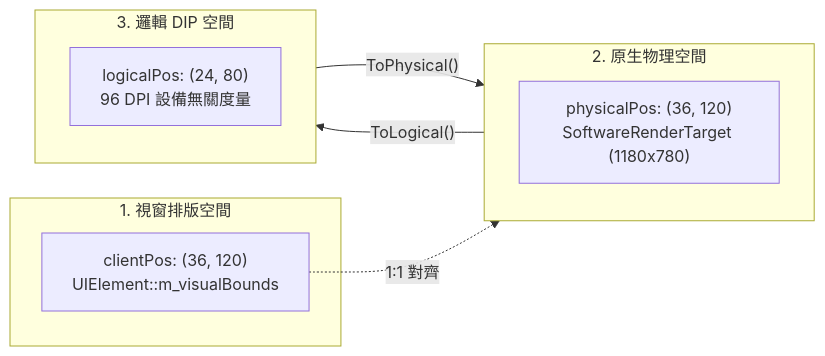
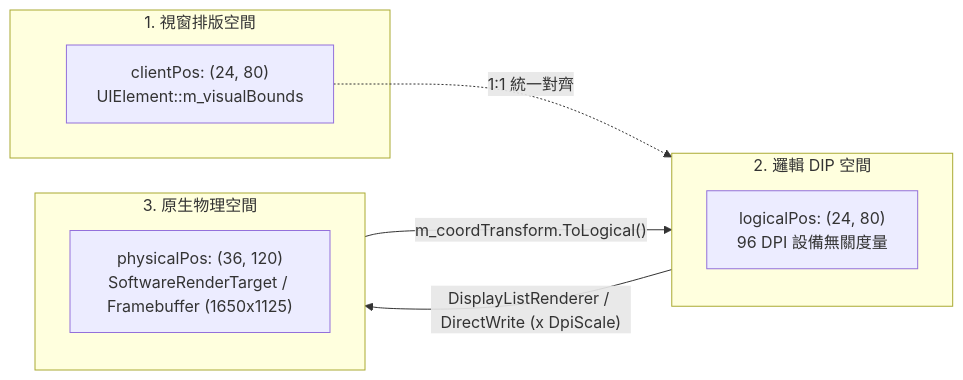
Before and after one commit to willy050209/CPP-UI: the diagram in docs/api/guides/dpi_and_coordinates.md, drawn with Mermaid. The commit also changed other lines of this file and 10 other files, not shown here.

Commit message:
fix(rendering): implement High-DPI Per-Monitor V2 scaling and crisp DirectWrite text rendering

````diff
--- a/docs/api/guides/dpi_and_coordinates.md
+++ b/docs/api/guides/dpi_and_coordinates.md
@@ -28,18 +28,18 @@
 ```mermaid
 flowchart LR
     subgraph Space1 ["1. 視窗排版空間"]
-        Client["clientPos: (36, 120)<br/>UIElement::m_visualBounds"]
+        Client["clientPos: (24, 80)<br/>UIElement::m_visualBounds"]
     end
 
-    subgraph Space2 ["2. 原生物理空間"]
-        Phys["physicalPos: (36, 120)<br/>SoftwareRenderTarget (1180x780)"]
-    end
-
-    subgraph Space3 ["3. 邏輯 DIP 空間"]
+    subgraph Space3 ["2. 邏輯 DIP 空間"]
         Log["logicalPos: (24, 80)<br/>96 DPI 設備無關度量"]
     end
 
-    Space2 -- "ToLogical()" --> Space3
-    Space3 -- "ToPhysical()" --> Space2
-    Client -. "1:1 對齊" .-> Space2
+    subgraph Space2 ["3. 原生物理空間"]
+        Phys["physicalPos: (36, 120)<br/>SoftwareRenderTarget / Framebuffer (1650x1125)"]
+    end
+
+    Client -. "1:1 統一對齊" .-> Space3
+    Space3 -- "DisplayListRenderer / DirectWrite (x DpiScale)" --> Space2
+    Space2 -- "m_coordTransform.ToLogical()" --> Space3
 ```
````
